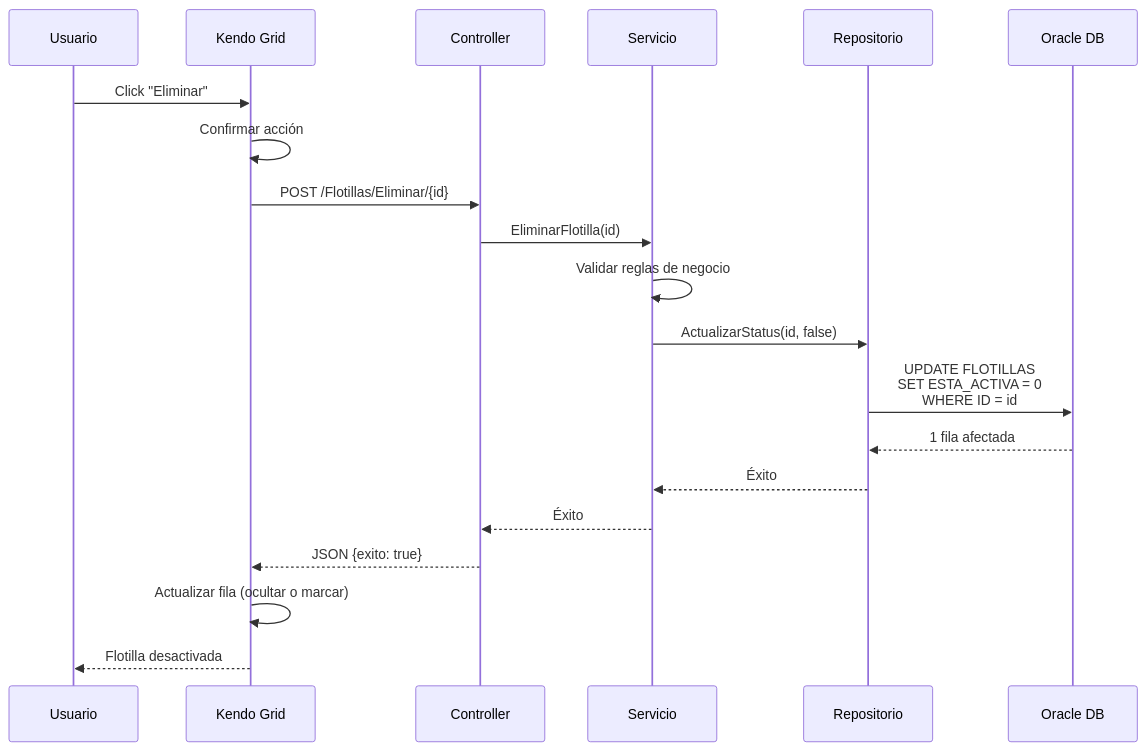
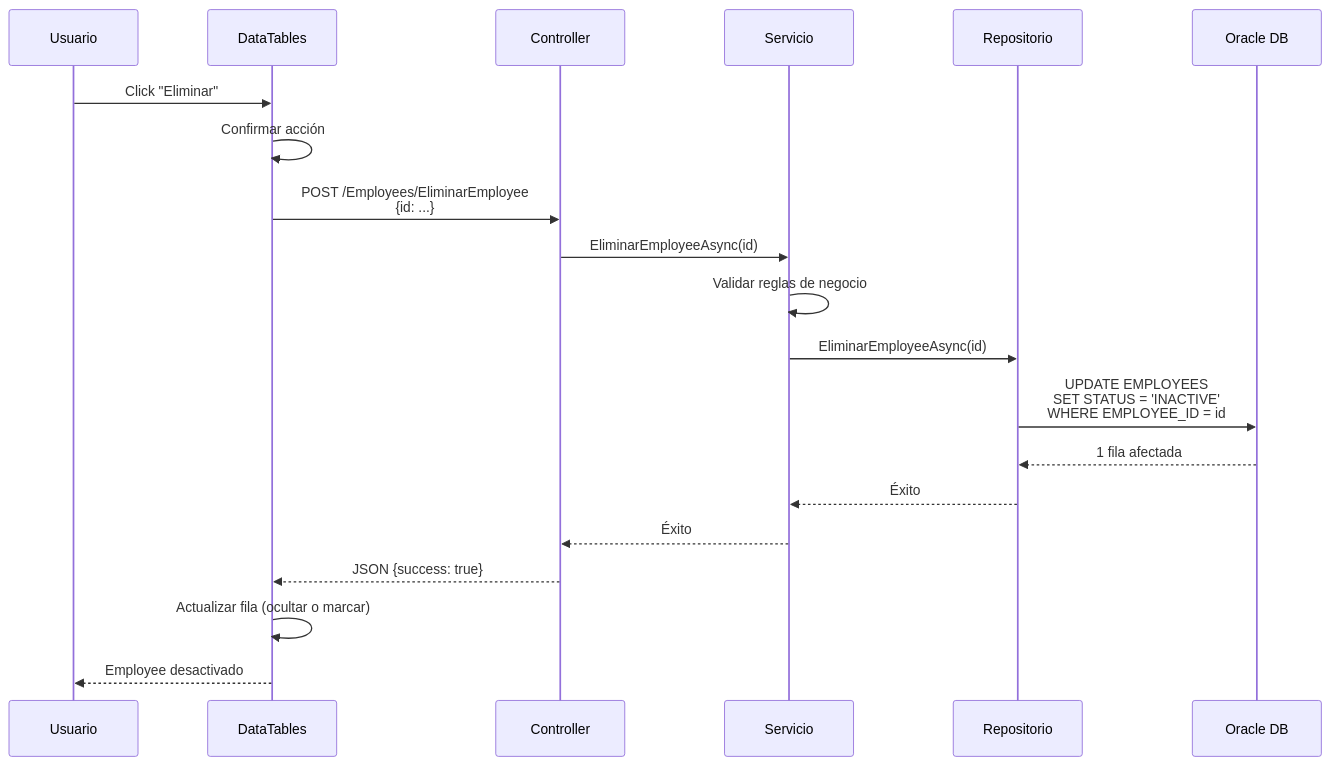
Before and after one commit to alejandro3469/AdministracionFlotillas: the seventh of 8 diagrams in docs/ARQUITECTURA.md, drawn with Mermaid. The commit also changed other lines of this file and 2 other files, not shown here.

First line of the commit message:
Docs: actualizar documentación con estado actual del proyecto

````diff
--- a/docs/ARQUITECTURA.md
+++ b/docs/ARQUITECTURA.md
@@ -191,23 +191,23 @@
 ```mermaid
 sequenceDiagram
     participant U as Usuario
-    participant K as Kendo Grid
+    participant DT as DataTables
     participant C as Controller
     participant S as Servicio
     participant R as Repositorio
     participant DB as Oracle DB
     
-    U->>K: Click "Eliminar"
-    K->>K: Confirmar acción
-    K->>C: POST /Flotillas/Eliminar/{id}
-    C->>S: EliminarFlotilla(id)
+    U->>DT: Click "Eliminar"
+    DT->>DT: Confirmar acción
+    DT->>C: POST /Employees/EliminarEmployee<br/>{id: ...}
+    C->>S: EliminarEmployeeAsync(id)
     S->>S: Validar reglas de negocio
-    S->>R: ActualizarStatus(id, false)
-    R->>DB: UPDATE FLOTILLAS<br/>SET ESTA_ACTIVA = 0<br/>WHERE ID = id
+    S->>R: EliminarEmployeeAsync(id)
+    R->>DB: UPDATE EMPLOYEES<br/>SET STATUS = 'INACTIVE'<br/>WHERE EMPLOYEE_ID = id
     DB-->>R: 1 fila afectada
     R-->>S: Éxito
     S-->>C: Éxito
-    C-->>K: JSON {exito: true}
-    K->>K: Actualizar fila (ocultar o marcar)
-    K-->>U: Flotilla desactivada
+    C-->>DT: JSON {success: true}
+    DT->>DT: Actualizar fila (ocultar o marcar)
+    DT-->>U: Employee desactivado
 ```
````
